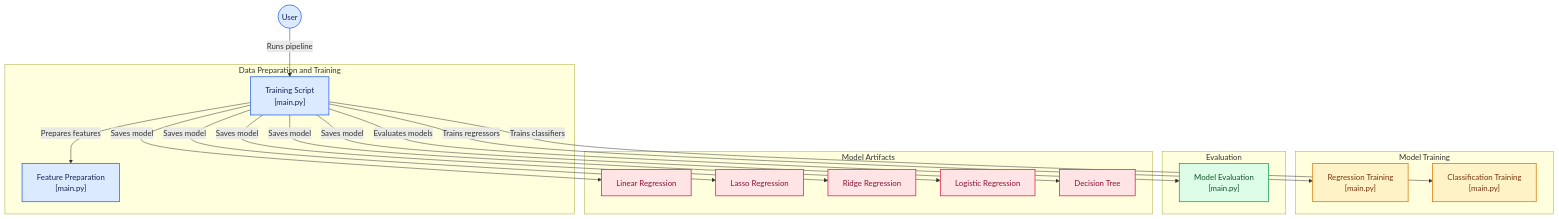
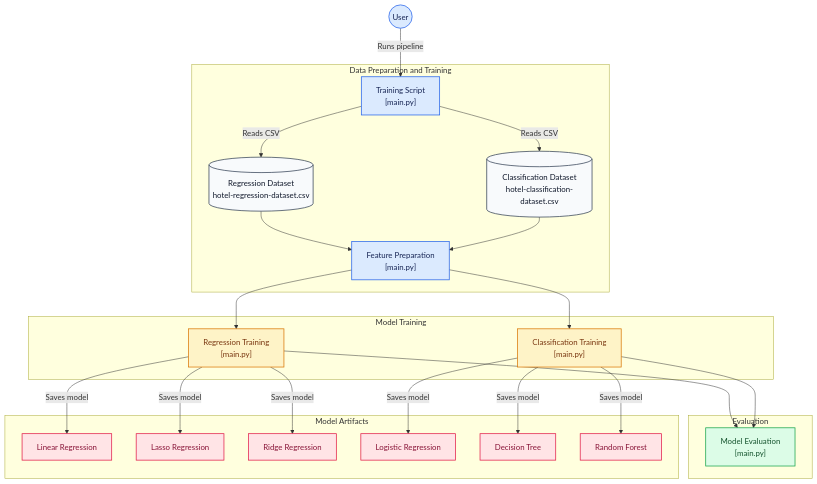
One commit to yassakamille/Hotel_Rate_Prediction changed the diagram in README.md. Above: the diagram before and after it, drawn with Mermaid.

````diff
--- a/README.md
+++ b/README.md
@@ -7,61 +7,72 @@
 ```mermaid id="k8m2vx"
 flowchart TD
     subgraph group_prep["Data Preparation and Training"]
         node_main["Training Script<br/>[main.py]"]
+        node_regression_csv[("Regression Dataset<br/>hotel-regression-dataset.csv")]
+        node_classification_csv[("Classification Dataset<br/>hotel-classification-dataset.csv")]
         node_features["Feature Preparation<br/>[main.py]"]
     end
 
     subgraph group_training["Model Training"]
         node_regression_training["Regression Training<br/>[main.py]"]
         node_classification_training["Classification Training<br/>[main.py]"]
     end
 
     subgraph group_evaluation["Evaluation"]
         node_evaluation["Model Evaluation<br/>[main.py]"]
     end
 
     subgraph group_artifacts["Model Artifacts"]
         node_linear_model["Linear Regression"]
         node_lasso_model["Lasso Regression"]
         node_ridge_model["Ridge Regression"]
         node_logistic_model["Logistic Regression"]
         node_tree_model["Decision Tree"]
+        node_forest_model["Random Forest"]
     end
 
     node_user(("User"))
 
     node_user -->|"Runs pipeline"| node_main
-    node_main -->|"Prepares features"| node_features
-    node_main -->|"Trains regressors"| node_regression_training
-    node_main -->|"Trains classifiers"| node_classification_training
-    node_main -->|"Evaluates models"| node_evaluation
-    node_main -->|"Saves model"| node_linear_model
-    node_main -->|"Saves model"| node_lasso_model
-    node_main -->|"Saves model"| node_ridge_model
-    node_main -->|"Saves model"| node_logistic_model
-    node_main -->|"Saves model"| node_tree_model
+    node_main -->|"Reads CSV"| node_regression_csv
+    node_main -->|"Reads CSV"| node_classification_csv
+    node_regression_csv --> node_features
+    node_classification_csv --> node_features
+
+    node_features --> node_regression_training
+    node_features --> node_classification_training
+
+    node_regression_training --> node_evaluation
+    node_classification_training --> node_evaluation
+
+    node_regression_training -->|"Saves model"| node_linear_model
+    node_regression_training -->|"Saves model"| node_lasso_model
+    node_regression_training -->|"Saves model"| node_ridge_model
+    node_classification_training -->|"Saves model"| node_logistic_model
+    node_classification_training -->|"Saves model"| node_tree_model
+    node_classification_training -->|"Saves model"| node_forest_model
 
     click node_main "https://github.com/yassakamille/hotel_rate_prediction/blob/main/main.py"
     click node_features "https://github.com/yassakamille/hotel_rate_prediction/blob/main/main.py"
     click node_regression_training "https://github.com/yassakamille/hotel_rate_prediction/blob/main/main.py"
     click node_classification_training "https://github.com/yassakamille/hotel_rate_prediction/blob/main/main.py"
     click node_evaluation "https://github.com/yassakamille/hotel_rate_prediction/blob/main/main.py"
     click node_linear_model "https://github.com/yassakamille/hotel_rate_prediction/blob/main/linear_regression.sav"
     click node_lasso_model "https://github.com/yassakamille/hotel_rate_prediction/blob/main/lasso_regression.sav"
     click node_ridge_model "https://github.com/yassakamille/hotel_rate_prediction/blob/main/ridge_regression.sav"
     click node_logistic_model "https://github.com/yassakamille/hotel_rate_prediction/blob/main/Logistic_Regression_classifier.sav"
     click node_tree_model "https://github.com/yassakamille/hotel_rate_prediction/blob/main/decision_tree_classifier.sav"
+    click node_forest_model "https://github.com/yassakamille/hotel_rate_prediction/blob/main/Random_Forest_classifier.sav"
 
     classDef toneNeutral fill:#f8fafc,stroke:#334155,stroke-width:1.5px,color:#0f172a
     classDef toneBlue fill:#dbeafe,stroke:#2563eb,stroke-width:1.5px,color:#172554
     classDef toneAmber fill:#fef3c7,stroke:#d97706,stroke-width:1.5px,color:#78350f
     classDef toneMint fill:#dcfce7,stroke:#16a34a,stroke-width:1.5px,color:#14532d
     classDef toneRose fill:#ffe4e6,stroke:#e11d48,stroke-width:1.5px,color:#881337
-    classDef toneIndigo fill:#e0e7ff,stroke:#4f46e5,stroke-width:1.5px,color:#312e81
-    classDef toneTeal fill:#ccfbf1,stroke:#0f766e,stroke-width:1.5px,color:#134e4a
 
-    class node_main,node_features,node_regression_class,node_user toneBlue
+    class node_main,node_features,node_user toneBlue
+    class node_regression_csv,node_classification_csv toneNeutral
     class node_regression_training,node_classification_training toneAmber
     class node_evaluation toneMint
-    class node_linear_model,node_lasso_model,node_ridge_model,node_logistic_model,node_tree_model toneRose
+    class node_linear_model,node_lasso_model,node_ridge_model,node_logistic_model,node_tree_model,node_forest_model toneRose
 ```
````
